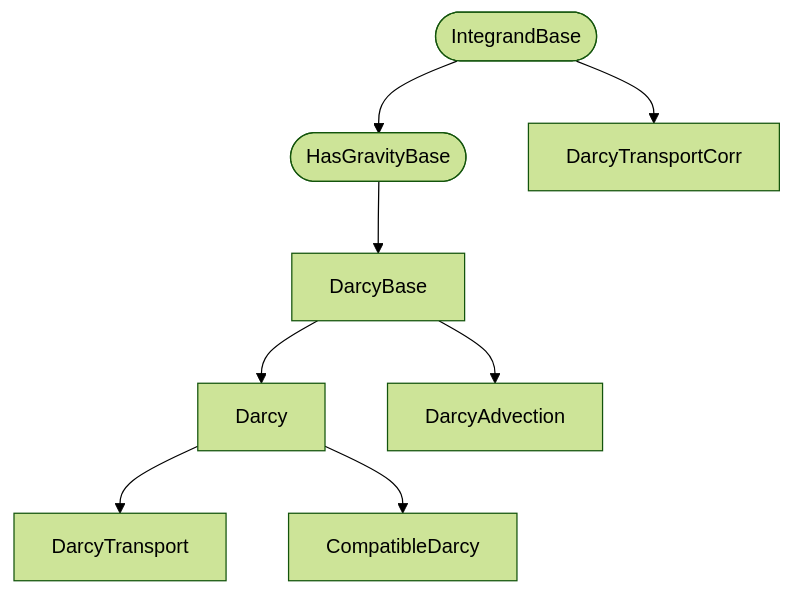
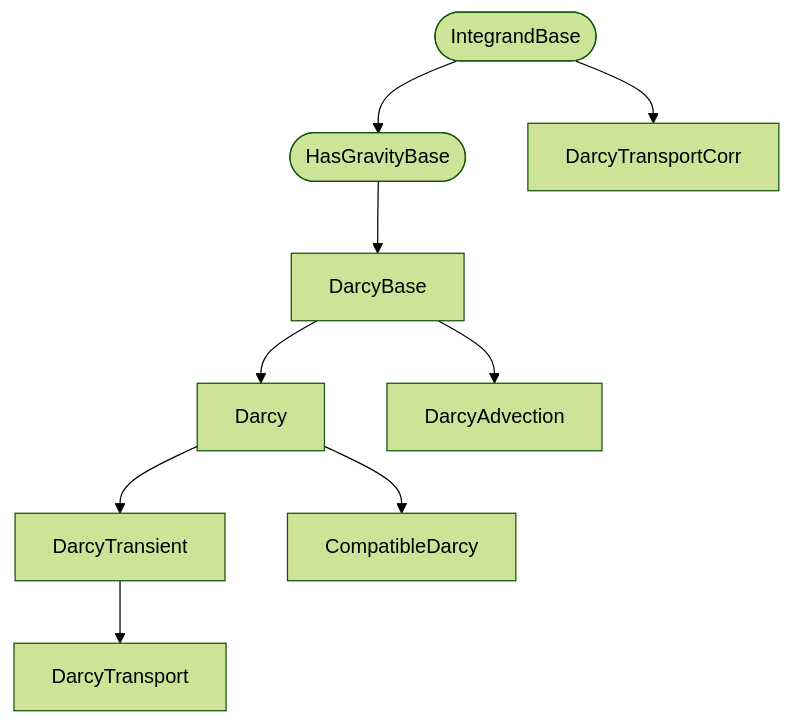
One commit to OPM/IFEM-Darcy changed the first of 2 diagrams in README.md. Above: the diagram before and after it, drawn with Mermaid (forest theme). The commit also changed 11 other files, not shown here.

````diff
--- a/README.md
+++ b/README.md
@@ -44,10 +44,11 @@
 ```mermaid
 graph TD;
     IFEM1([IntegrandBase]) --> IFEM2([HasGravityBase])
     IFEM2 --> DarcyBase
     DarcyBase --> Darcy
     DarcyBase --> DarcyAdvection
-    Darcy --> DarcyTransport
+    Darcy --> DarcyTransient
+    DarcyTransient --> DarcyTransport
     Darcy --> CompatibleDarcy
     IFEM1 --> DarcyTransportCorr
 ```
````
